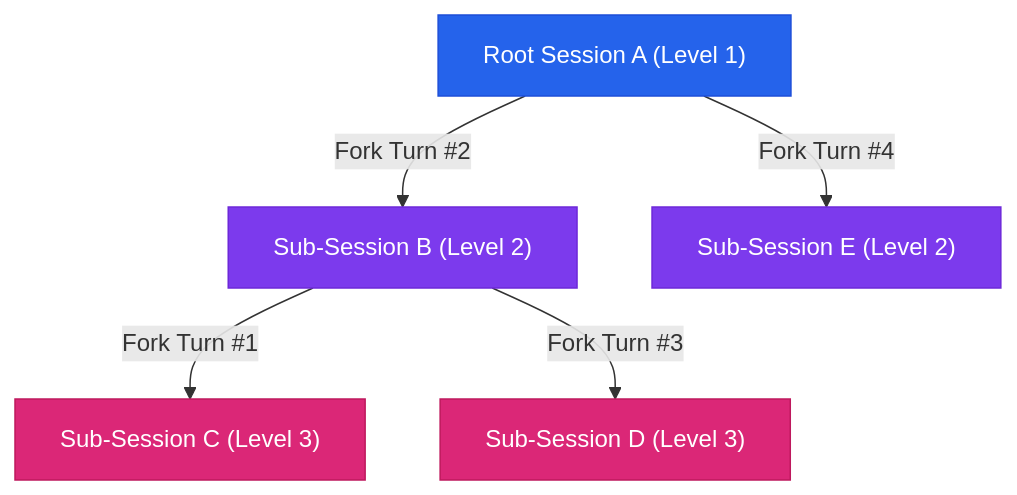
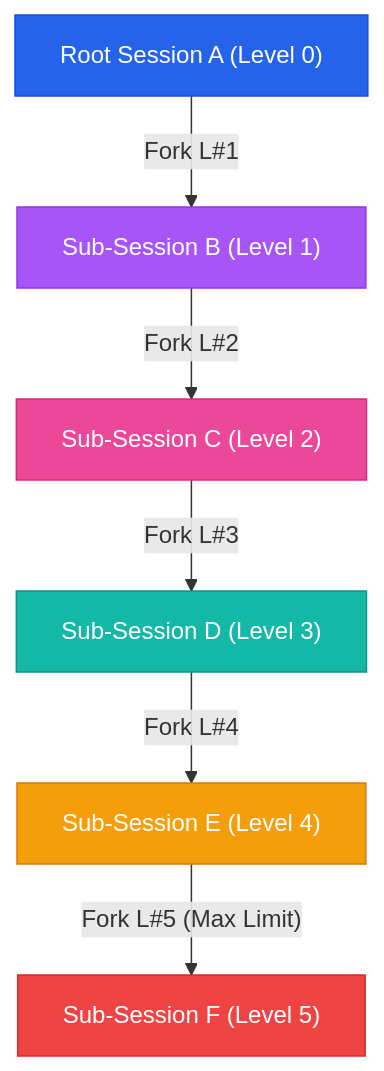
The diagram in tech-docs/12-workspace-and-conversation-tree-architecture.md (billy1030/loop-engg), drawn with Mermaid before and after one commit. The commit also changed other lines of this file and 1 other file, not shown here.

Commit message:
docs: document 5-level max fork limit, user ID verification & cross-user state purging

````diff
--- a/tech-docs/12-workspace-and-conversation-tree-architecture.md
+++ b/tech-docs/12-workspace-and-conversation-tree-architecture.md
@@ -95,13 +95,15 @@
 ```mermaid
 graph TD
-    A["Root Session A (Level 1)"] -->|"Fork Turn #2"| B["Sub-Session B (Level 2)"]
-    B -->|"Fork Turn #1"| C["Sub-Session C (Level 3)"]
-    B -->|"Fork Turn #3"| D["Sub-Session D (Level 3)"]
-    A -->|"Fork Turn #4"| E["Sub-Session E (Level 2)"]
+    A["Root Session A (Level 0)"] -->|"Fork L#1"| B["Sub-Session B (Level 1)"]
+    B -->|"Fork L#2"| C["Sub-Session C (Level 2)"]
+    C -->|"Fork L#3"| D["Sub-Session D (Level 3)"]
+    D -->|"Fork L#4"| E["Sub-Session E (Level 4)"]
+    E -->|"Fork L#5 (Max Limit)"| F["Sub-Session F (Level 5)"]
 
     style A fill:#2563eb,stroke:#1d4ed8,color:#fff
-    style B fill:#7c3aed,stroke:#6d28d9,color:#fff
-    style C fill:#db2777,stroke:#be185d,color:#fff
-    style D fill:#db2777,stroke:#be185d,color:#fff
-    style E fill:#7c3aed,stroke:#6d28d9,color:#fff
+    style B fill:#a855f7,stroke:#9333ea,color:#fff
+    style C fill:#ec4899,stroke:#db2777,color:#fff
+    style D fill:#14b8a6,stroke:#0d9488,color:#fff
+    style E fill:#f59e0b,stroke:#d97706,color:#fff
+    style F fill:#ef4444,stroke:#dc2626,color:#fff
 ```
````
